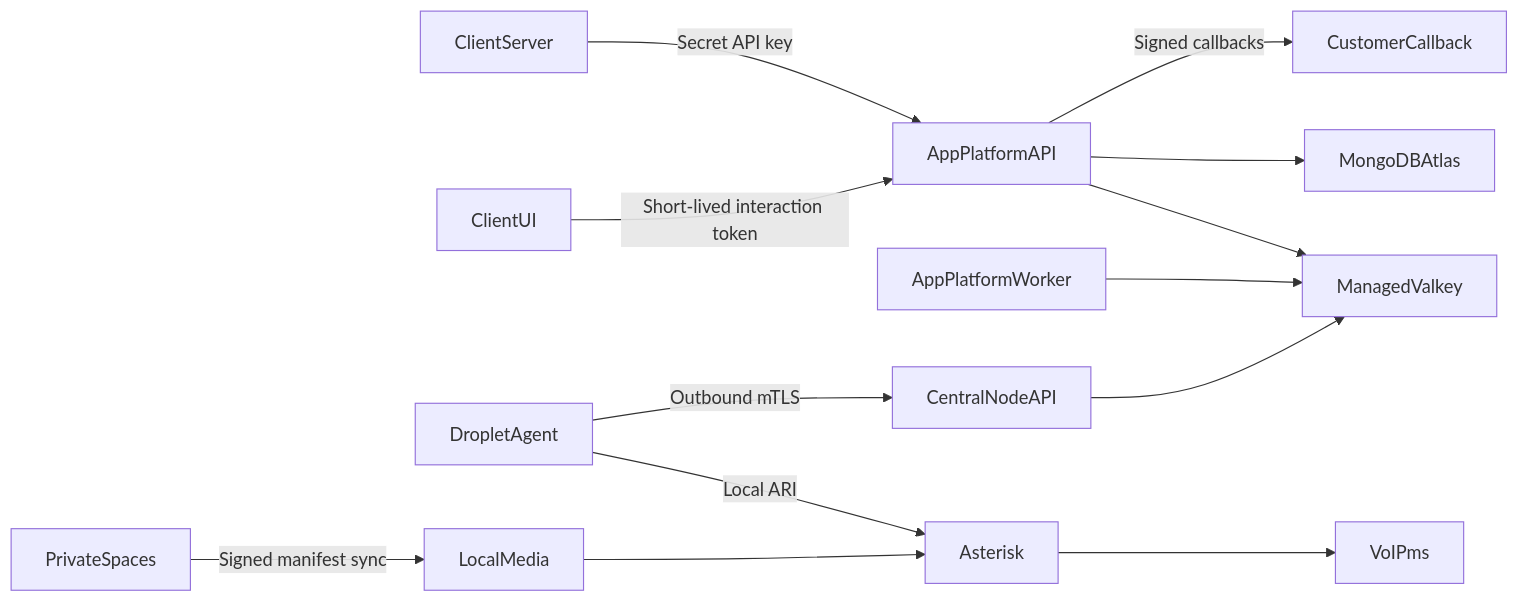
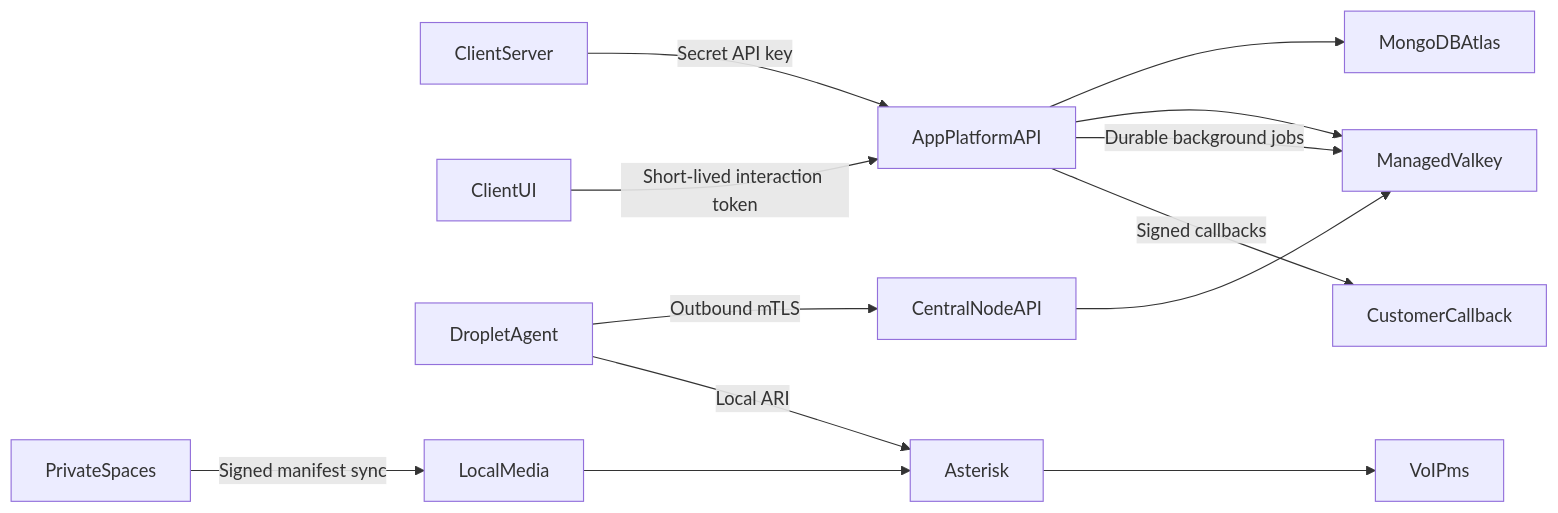
The diagram in docs/PLAN.md (Ericsipad/POWEROTP), drawn with Mermaid before and after one commit. The commit also changed other lines of this file and 11 other files, not shown here.

First line of the commit message:
Consolidate background work into the API

````diff
--- a/docs/PLAN.md
+++ b/docs/PLAN.md
@@ -26,15 +26,15 @@
 ```mermaid
 flowchart LR
   ClientServer[ClientServer] -->|"Secret API key"| Api[AppPlatformAPI]
   ClientUi[ClientUI] -->|"Short-lived interaction token"| Api
   Api --> Mongo[MongoDBAtlas]
   Api --> Valkey[ManagedValkey]
-  Worker[AppPlatformWorker] --> Valkey
+  Api -->|"Durable background jobs"| Valkey
   NodeAgent[DropletAgent] -->|"Outbound mTLS"| NodeApi[CentralNodeAPI]
   NodeApi --> Valkey
   NodeAgent -->|"Local ARI"| Asterisk[Asterisk]
   Asterisk --> VoipMs[VoIPms]
   Spaces[PrivateSpaces] -->|"Signed manifest sync"| NodeMedia[LocalMedia]
   NodeMedia --> Asterisk
   Api -->|"Signed callbacks"| CustomerCallback[CustomerCallback]
 ```
````
